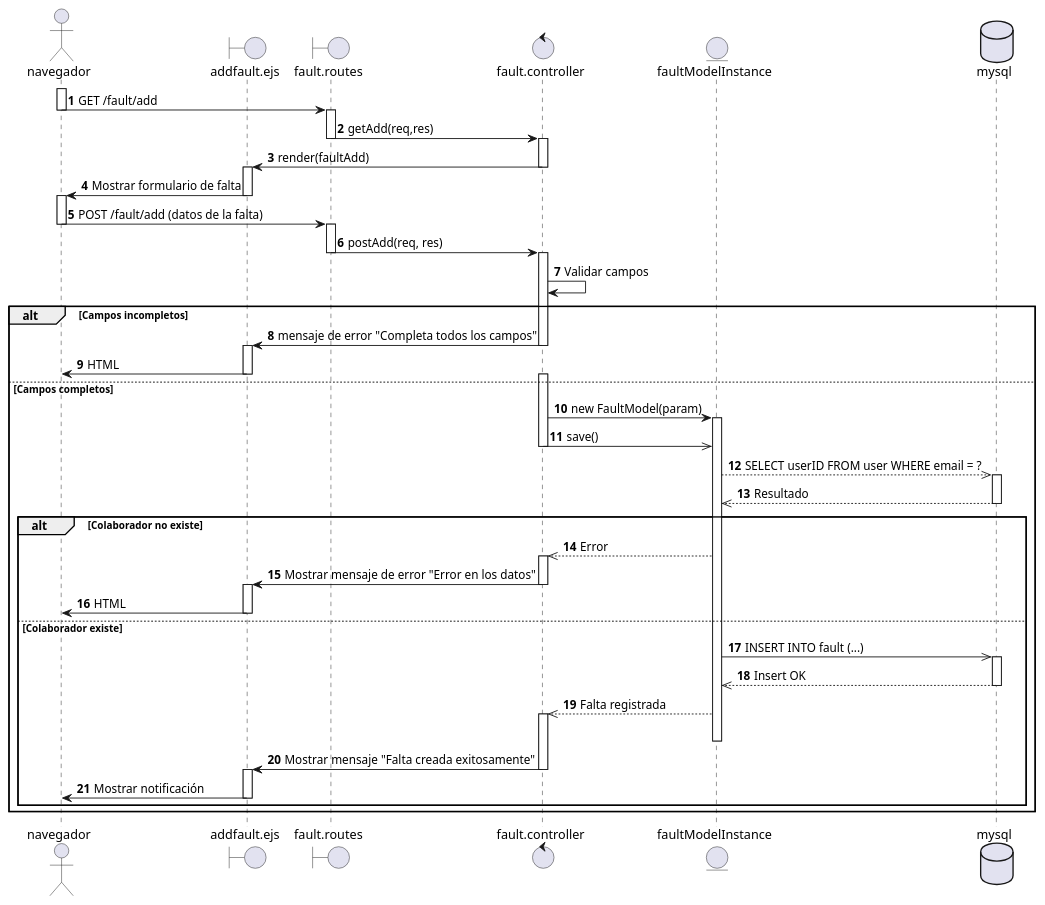
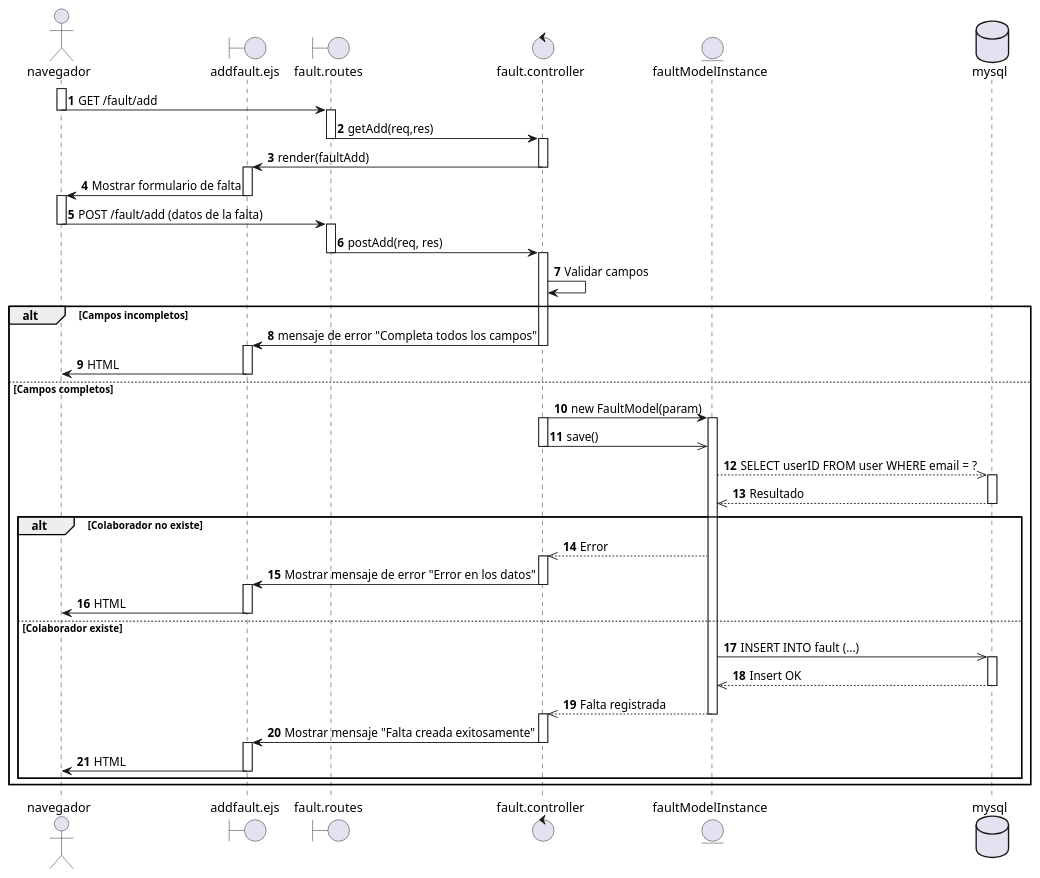
One commit to EdCanCe/WorkCells changed the diagram in diagrams/Casos de Uso/manu req fun/diagramas de secuencia/superadmin agrega falta.puml. Above: the diagram before and after it, drawn with PlantUML.

Commit message:
actualizacion formato de diagrama

```diff
--- a/diagrams/Casos de Uso/manu req fun/diagramas de secuencia/superadmin agrega falta.puml
+++ b/diagrams/Casos de Uso/manu req fun/diagramas de secuencia/superadmin agrega falta.puml
@@ -1,98 +1,99 @@
 @startuml
 actor navegador
 boundary addfault.ejs
 boundary fault.routes
 control fault.controller
 entity faultModelInstance
 database mysql
 
 autonumber
 ' Inicio del flujo
 activate navegador
 navegador -> fault.routes : GET /fault/add
 deactivate navegador
 
 activate fault.routes
 
 fault.routes -> fault.controller : getAdd(req,res)
 deactivate fault.routes
 activate fault.controller
 fault.controller -> addfault.ejs: render(faultAdd)
 deactivate fault.controller
 activate addfault.ejs
 addfault.ejs -> navegador : Mostrar formulario de falta
 deactivate addfault.ejs
 activate navegador
 deactivate fault.routes
 
 ' Envío de datos de la falta
 navegador -> fault.routes : POST /fault/add (datos de la falta)
 deactivate navegador
 activate fault.routes
 
 fault.routes -> fault.controller : postAdd(req, res)
 deactivate fault.routes
 activate fault.controller
 
 ' Validación de campos
 fault.controller -> fault.controller : Validar campos
 
 alt Campos incompletos
     fault.controller -> addfault.ejs : mensaje de error "Completa todos los campos"
     deactivate fault.controller    
     activate addfault.ejs
     addfault.ejs -> navegador : HTML
     deactivate addfault.ejs
     deactivate fault.routes
 
 else Campos completos
     ' Crear instancia del modelo
+
+    fault.controller -> faultModelInstance : new FaultModel(param)
     activate fault.controller
-    fault.controller -> faultModelInstance : new FaultModel(param)
-
     ' Verificar si el colaborador existe
     activate faultModelInstance
     fault.controller ->> faultModelInstance : save()
     deactivate fault.controller
     
     
 
     faultModelInstance -->> mysql : SELECT userID FROM user WHERE email = ?
     activate mysql
     mysql -->> faultModelInstance : Resultado
     
     deactivate mysql
 
     alt Colaborador no existe
         
         faultModelInstance -->> fault.controller : Error
         activate fault.controller
         fault.controller -> addfault.ejs : Mostrar mensaje de error "Error en los datos"
         deactivate fault.controller
         activate addfault.ejs
         addfault.ejs -> navegador : HTML
         deactivate addfault.ejs
         deactivate fault.controller
         deactivate fault.routes
 
     else Colaborador existe
 
         faultModelInstance ->> mysql : INSERT INTO fault (...)
         activate mysql
         mysql -->> faultModelInstance : Insert OK
         deactivate mysql
         faultModelInstance -->> fault.controller : Falta registrada
+         deactivate faultModelInstance
         activate fault.controller
-        deactivate faultModelInstance
+      
 
         ' Notificación de éxito
         fault.controller -> addfault.ejs : Mostrar mensaje "Falta creada exitosamente"
         deactivate fault.controller
         activate addfault.ejs
-        addfault.ejs -> navegador : Mostrar notificación
+        addfault.ejs -> navegador : HTML
         deactivate addfault.ejs
         deactivate fault.controller
         deactivate fault.routes
     end
 end
 @enduml
```
